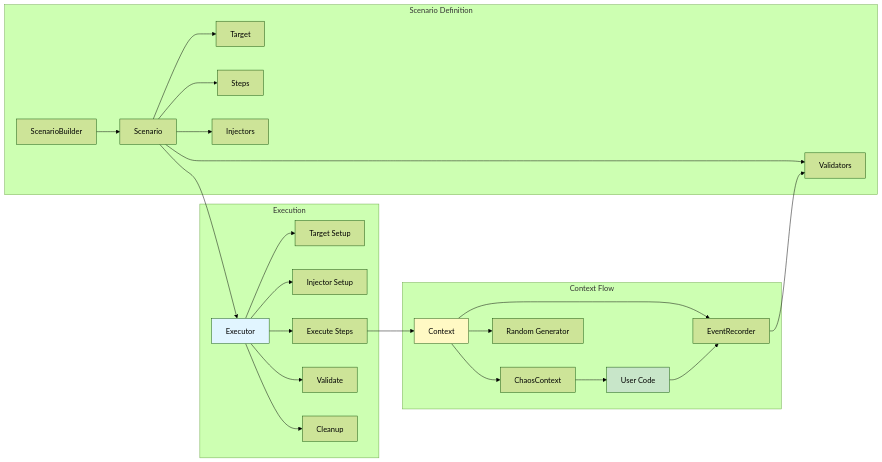
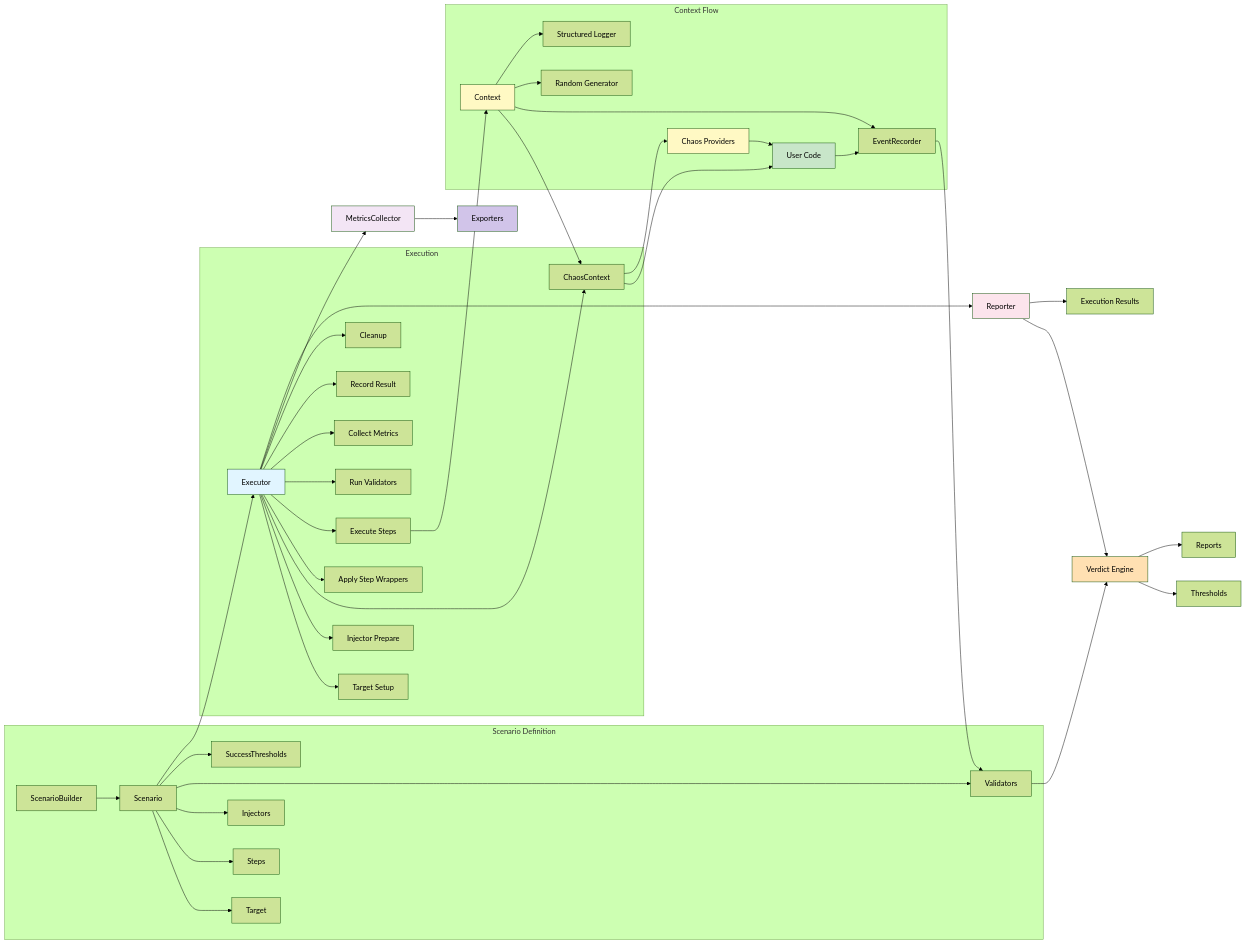
The second of 13 diagrams in ARCHITECTURE.md (rom8726/chaoskit), drawn with Mermaid (forest theme) before and after one commit. The commit also changed other lines of this file and 2 other files, not shown here.

````diff
--- a/ARCHITECTURE.md
+++ b/ARCHITECTURE.md
@@ -54,34 +72,55 @@
 ```mermaid
 graph LR
     subgraph "Scenario Definition"
         SB[ScenarioBuilder] --> S[Scenario]
         S --> T[Target]
         S --> ST[Steps]
         S --> I[Injectors]
         S --> V[Validators]
+        S --> TH[SuccessThresholds]
     end
     
     subgraph "Execution"
         E[Executor] --> TC[Target Setup]
-        E --> IS[Injector Setup]
+        E --> IS[Injector Prepare]
+        E --> CC[Build ChaosContext]
+        E --> WR[Apply Step Wrappers]
         E --> EX[Execute Steps]
-        E --> VA[Validate]
+        E --> VA[Run Validators]
+        E --> MT[Collect Metrics]
+        E --> RP[Record Result]
         E --> CL[Cleanup]
     end
     
     subgraph "Context Flow"
         CTX[Context] --> CC[ChaosContext]
         CTX --> ER[EventRecorder]
         CTX --> RNG[Random Generator]
+        CTX --> LOG[Structured Logger]
         CC --> UD[User Code]
+        CC --> Providers[Chaos Providers]
+        Providers --> UD
+        ER --> V
     end
     
     S --> E
+    E --> Metrics[MetricsCollector]
+    E --> Reporter
+    Metrics --> Exporters
+    Reporter --> VerdictEngine[Verdict Engine]
+    VerdictEngine --> Thresholds
+    VerdictEngine --> Reports
+    Reporter --> Results[Execution Results]
     EX --> CTX
     UD --> ER
-    ER --> V
+    V --> VerdictEngine
     
     style E fill:#e1f5ff
     style CTX fill:#fff9c4
+    style Providers fill:#fff9c4
     style UD fill:#c8e6c9
+    style Metrics fill:#f3e5f5
+    style Reporter fill:#fce4ec
+    style VerdictEngine fill:#ffe0b2
+    style Exporters fill:#d1c4e9
 ```
````
